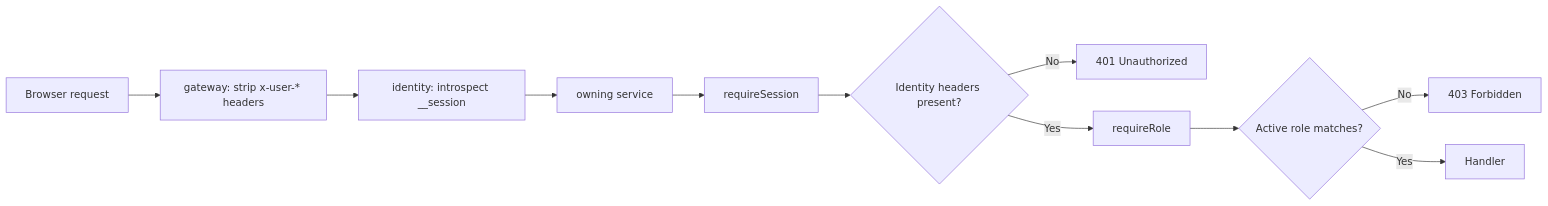
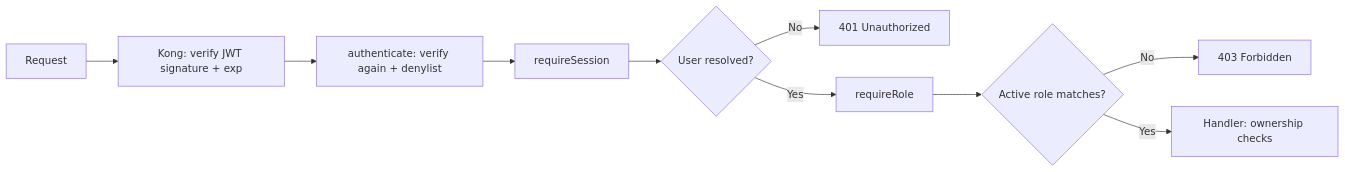
One commit to sayyidrafeed/Seapedia changed the third of 3 diagrams in docs/AUTH.md. Above: the diagram before and after it, drawn with Mermaid. The commit also changed other lines of this file and 26 other files, not shown here.

````diff
--- a/docs/AUTH.md
+++ b/docs/AUTH.md
@@ -109,13 +120,12 @@
 ```mermaid
 flowchart LR
-    R[Browser request] --> GW[gateway: strip x-user-* headers]
-    GW --> I[identity: introspect __session]
-    I --> A[owning service]
+    R[Request] --> K[Kong: verify JWT signature + exp]
+    K --> A[authenticate: verify again + denylist]
     A --> B[requireSession]
-    B --> C{Identity headers present?}
+    B --> C{User resolved?}
     C -->|No| D[401 Unauthorized]
     C -->|Yes| E[requireRole]
     E --> F{Active role matches?}
     F -->|No| G[403 Forbidden]
-    F -->|Yes| H[Handler]
+    F -->|Yes| H[Handler: ownership checks]
 ```
````
